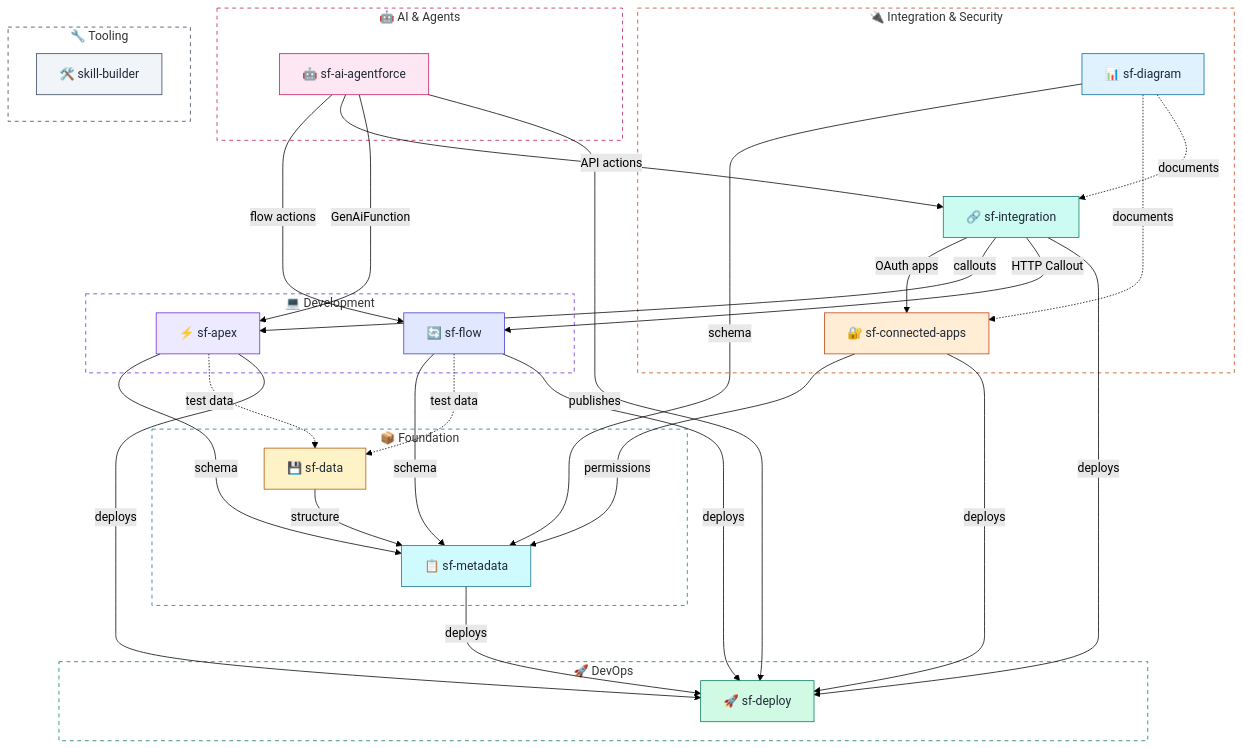
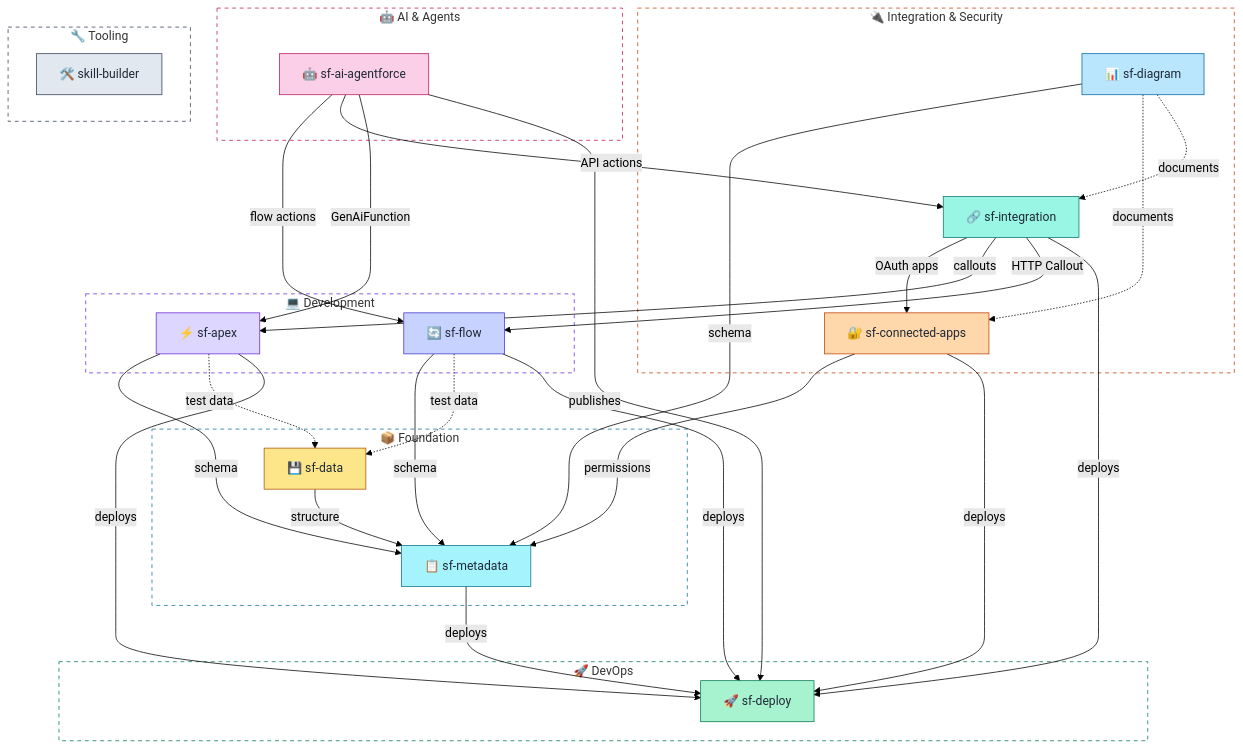
The diagram in README.md (sfdcale/sf-skills), drawn with Mermaid (forest theme) before and after one commit.

Commit message:
1 style: Bump pastel colors to Tailwind 200-level for better visibility    2    3 Previous 100-level shades were too light. Now using 200-level:    4 - pink-200: #fbcfe8 (was #fce7f3)    5 - orange-200: #fed7aa (was #ffedd5)    6 - teal-200: #99f6e4 (was #ccfbf1)    7 - sky-200: #bae6fd (was #e0f2fe)    8 - violet-200: #ddd6fe (was #ede9fe)    9 - indigo-200: #c7d2fe (was #e0e7ff)   10 - cyan-200: #a5f3fc (was #cffafe)   11 - amber-200: #fde68a (was #fef3c7)   12 - emerald-200: #a7f3d0 (was #d1fae5)   13 - slate-200: #e2e8f0 (was #f1f5f9)   14   15 Still maintains soft pastel look with dark borders.

```diff
--- a/README.md
+++ b/README.md
@@ -138,27 +138,27 @@
     connectedapps -->|"deploys"| deploy
     agentforce -->|"publishes"| deploy
 
-    %% Styling - AI (pink pastel)
-    style agentforce fill:#fce7f3,stroke:#be185d,color:#1f2937
+    %% Styling - AI (pink-200)
+    style agentforce fill:#fbcfe8,stroke:#be185d,color:#1f2937
 
-    %% Styling - Integration (orange/teal/sky pastel)
-    style connectedapps fill:#ffedd5,stroke:#c2410c,color:#1f2937
-    style sfintegration fill:#ccfbf1,stroke:#0f766e,color:#1f2937
-    style diagram fill:#e0f2fe,stroke:#0369a1,color:#1f2937
+    %% Styling - Integration (orange-200/teal-200/sky-200)
+    style connectedapps fill:#fed7aa,stroke:#c2410c,color:#1f2937
+    style sfintegration fill:#99f6e4,stroke:#0f766e,color:#1f2937
+    style diagram fill:#bae6fd,stroke:#0369a1,color:#1f2937
 
-    %% Styling - Development (purple/indigo pastel)
-    style apex fill:#ede9fe,stroke:#6d28d9,color:#1f2937
-    style flow fill:#e0e7ff,stroke:#4338ca,color:#1f2937
+    %% Styling - Development (violet-200/indigo-200)
+    style apex fill:#ddd6fe,stroke:#6d28d9,color:#1f2937
+    style flow fill:#c7d2fe,stroke:#4338ca,color:#1f2937
 
-    %% Styling - Foundation (cyan/amber pastel)
-    style metadata fill:#cffafe,stroke:#0e7490,color:#1f2937
-    style data fill:#fef3c7,stroke:#b45309,color:#1f2937
+    %% Styling - Foundation (cyan-200/amber-200)
+    style metadata fill:#a5f3fc,stroke:#0e7490,color:#1f2937
+    style data fill:#fde68a,stroke:#b45309,color:#1f2937
 
-    %% Styling - DevOps (green pastel)
-    style deploy fill:#d1fae5,stroke:#047857,color:#1f2937
+    %% Styling - DevOps (emerald-200)
+    style deploy fill:#a7f3d0,stroke:#047857,color:#1f2937
 
-    %% Styling - Tooling (slate pastel)
-    style skillbuilder fill:#f1f5f9,stroke:#334155,color:#1f2937
+    %% Styling - Tooling (slate-200)
+    style skillbuilder fill:#e2e8f0,stroke:#334155,color:#1f2937
 
     %% Subgraph styling - transparent with dark borders
     style ai fill:transparent,stroke:#be185d,stroke-dasharray:5
```
